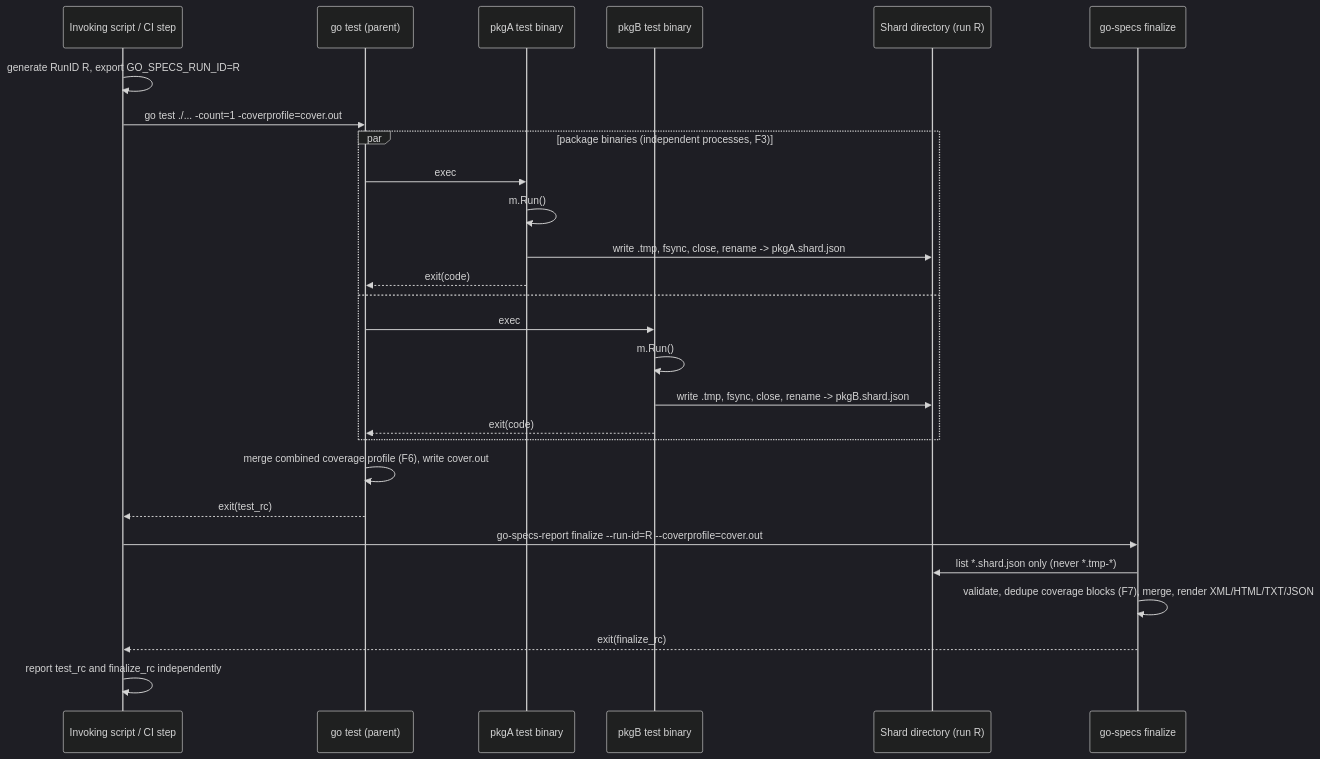
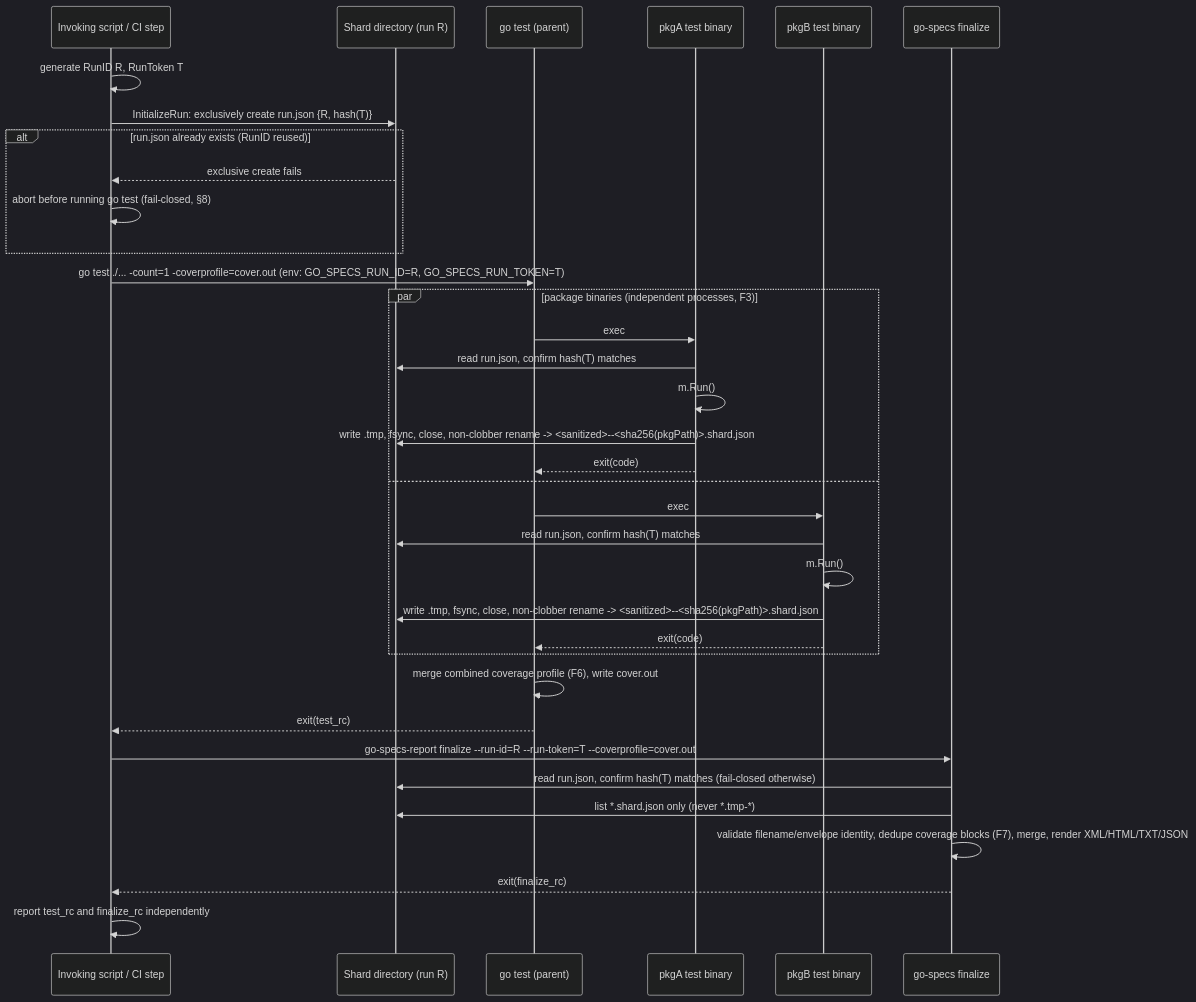
One commit to getsyntegrity/go-specs changed the diagram in docs/144-report-coordination-contract.md. Above: the diagram before and after it, drawn with Mermaid (dark theme). The commit also changed other lines of this file, not shown here.

````diff
--- a/docs/144-report-coordination-contract.md
+++ b/docs/144-report-coordination-contract.md
@@ -211,30 +243,38 @@
 ```mermaid
 sequenceDiagram
     participant CI as Invoking script / CI step
+    participant FS as Shard directory (run R)
     participant GT as go test (parent)
     participant PA as pkgA test binary
     participant PB as pkgB test binary
-    participant FS as Shard directory (run R)
     participant FIN as go-specs finalize
 
-    CI->>CI: generate RunID R, export GO_SPECS_RUN_ID=R
-    CI->>GT: go test ./... -count=1 -coverprofile=cover.out
+    CI->>CI: generate RunID R, RunToken T
+    CI->>FS: InitializeRun: exclusively create run.json {R, hash(T)}
+    alt run.json already exists (RunID reused)
+        FS-->>CI: exclusive create fails
+        CI->>CI: abort before running go test (fail-closed, §8)
+    end
+    CI->>GT: go test ./... -count=1 -coverprofile=cover.out (env: GO_SPECS_RUN_ID=R, GO_SPECS_RUN_TOKEN=T)
     par package binaries (independent processes, F3)
         GT->>PA: exec
+        PA->>FS: read run.json, confirm hash(T) matches
         PA->>PA: m.Run()
-        PA->>FS: write .tmp, fsync, close, rename -> pkgA.shard.json
+        PA->>FS: write .tmp, fsync, close, non-clobber rename -> <sanitized>--<sha256(pkgPath)>.shard.json
         PA-->>GT: exit(code)
     and
         GT->>PB: exec
+        PB->>FS: read run.json, confirm hash(T) matches
         PB->>PB: m.Run()
-        PB->>FS: write .tmp, fsync, close, rename -> pkgB.shard.json
+        PB->>FS: write .tmp, fsync, close, non-clobber rename -> <sanitized>--<sha256(pkgPath)>.shard.json
         PB-->>GT: exit(code)
     end
     GT->>GT: merge combined coverage profile (F6), write cover.out
     GT-->>CI: exit(test_rc)
-    CI->>FIN: go-specs-report finalize --run-id=R --coverprofile=cover.out
+    CI->>FIN: go-specs-report finalize --run-id=R --run-token=T --coverprofile=cover.out
+    FIN->>FS: read run.json, confirm hash(T) matches (fail-closed otherwise)
     FIN->>FS: list *.shard.json only (never *.tmp-*)
-    FIN->>FIN: validate, dedupe coverage blocks (F7), merge, render XML/HTML/TXT/JSON
+    FIN->>FIN: validate filename/envelope identity, dedupe coverage blocks (F7), merge, render XML/HTML/TXT/JSON
     FIN-->>CI: exit(finalize_rc)
     CI->>CI: report test_rc and finalize_rc independently
 ```
````
